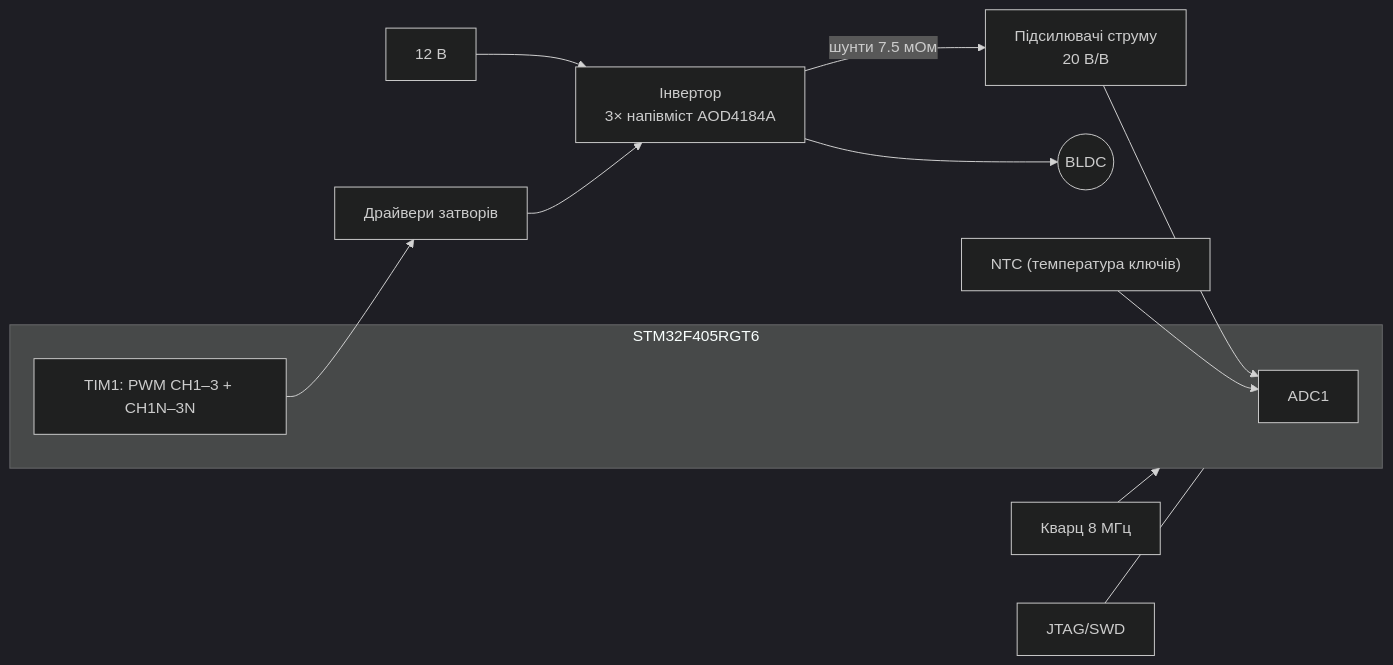
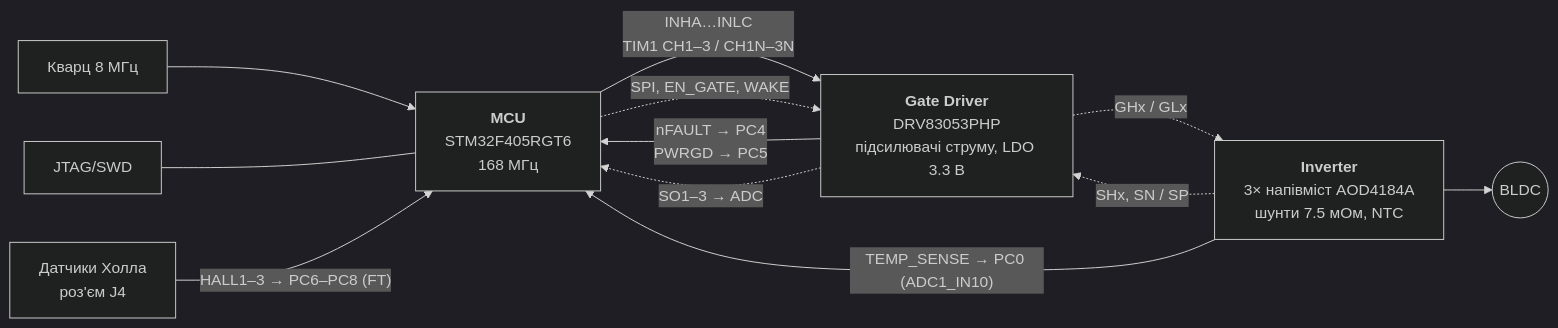
Before and after one commit to anhro/hardware-development: the first of 2 diagrams in motor-drive-controller/docs/architecture.md, drawn with Mermaid (dark theme). The commit also changed other lines of this file, not shown here.

Commit message:
docs(architecture): update architecture diagram and details for DRV8305 integration

````diff
--- a/motor-drive-controller/docs/architecture.md
+++ b/motor-drive-controller/docs/architecture.md
@@ -3,15 +8,19 @@
 ```mermaid
 flowchart LR
-    PSU["12 В"] --> INV["Інвертор<br/>3× напівміст AOD4184A"]
-    INV --> M(("BLDC"))
-    INV -- "шунти 7.5 мОм" --> CSA["Підсилювачі струму<br/>20 В/В"]
-    CSA --> ADC
-    NTC["NTC (температура ключів)"] --> ADC
-    subgraph MCU["STM32F405RGT6"]
-        ADC["ADC1"]
-        TIM1["TIM1: PWM CH1–3 + CH1N–3N"]
-    end
-    TIM1 --> DRV["Драйвери затворів"] --> INV
     HSE["Кварц 8 МГц"] --> MCU
     DBG["JTAG/SWD"] --- MCU
+    HALL["Датчики Холла<br/>роз'єм J4"] -- "HALL1–3 → PC6–PC8 (FT)" --> MCU
+
+    MCU["<b>MCU</b><br/>STM32F405RGT6<br/>168 МГц"]
+    DRV["<b>Gate Driver</b><br/>DRV83053PHP<br/>підсилювачі струму, LDO 3.3 В"]
+    INV["<b>Inverter</b><br/>3× напівміст AOD4184A<br/>шунти 7.5 мОм, NTC"]
+
+    MCU -- "INHA…INLC<br/>TIM1 CH1–3 / CH1N–3N" --> DRV
+    DRV -- "nFAULT → PC4<br/>PWRGD → PC5" --> MCU
+    MCU -. "SPI, EN_GATE, WAKE" .-> DRV
+    DRV -. "SO1–3 → ADC" .-> MCU
+    DRV -. "GHx / GLx" .-> INV
+    INV -. "SHx, SN / SP" .-> DRV
+    INV -- "TEMP_SENSE → PC0 (ADC1_IN10)" --> MCU
+    INV --> M(("BLDC"))
 ```
````
